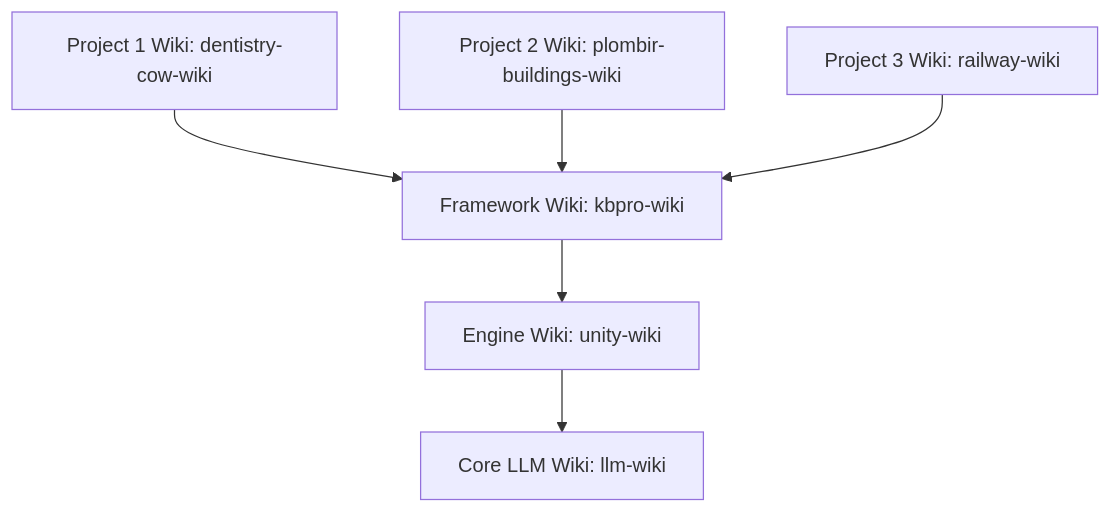
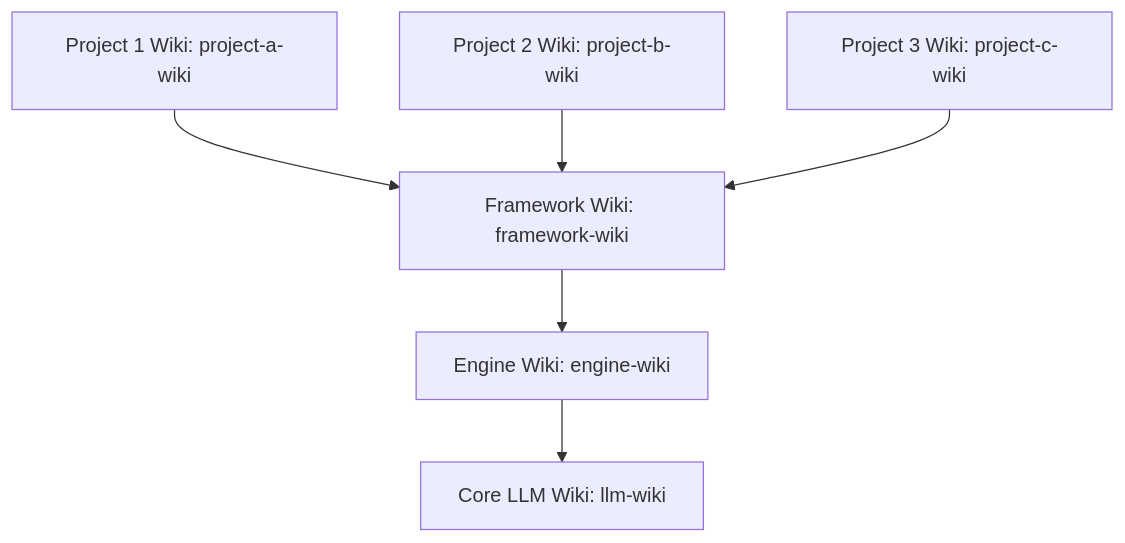
Before and after one commit to gDavASko/DavASkoLLMWiki: the diagram in skills/davasko-llm-wiki/references/architecture-setup.md, drawn with Mermaid. The commit also changed other lines of this file and 7 other files, not shown here.

````diff
--- a/skills/davasko-llm-wiki/references/architecture-setup.md
+++ b/skills/davasko-llm-wiki/references/architecture-setup.md
@@ -12,8 +12,8 @@
 ```mermaid
 graph TD
-    ProjectLayer1[Project 1 Wiki: dentistry-cow-wiki] --> FrameworkLayer[Framework Wiki: kbpro-wiki]
-    ProjectLayer2[Project 2 Wiki: plombir-buildings-wiki] --> FrameworkLayer
-    ProjectLayer3[Project 3 Wiki: railway-wiki] --> FrameworkLayer
-    FrameworkLayer --> EngineLayer[Engine Wiki: unity-wiki]
+    ProjectLayer1[Project 1 Wiki: project-a-wiki] --> FrameworkLayer[Framework Wiki: framework-wiki]
+    ProjectLayer2[Project 2 Wiki: project-b-wiki] --> FrameworkLayer
+    ProjectLayer3[Project 3 Wiki: project-c-wiki] --> FrameworkLayer
+    FrameworkLayer --> EngineLayer[Engine Wiki: engine-wiki]
     EngineLayer --> RootLayer[Core LLM Wiki: llm-wiki]
 ```
````
